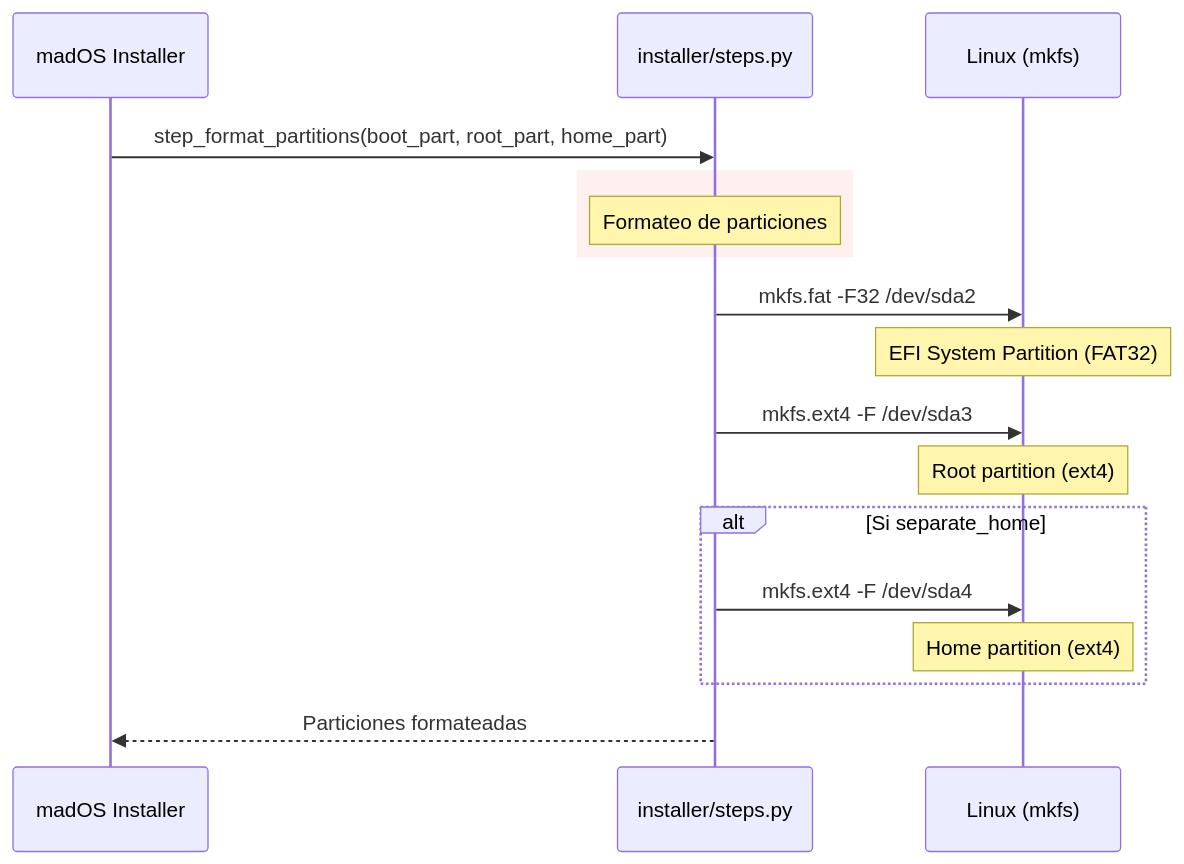
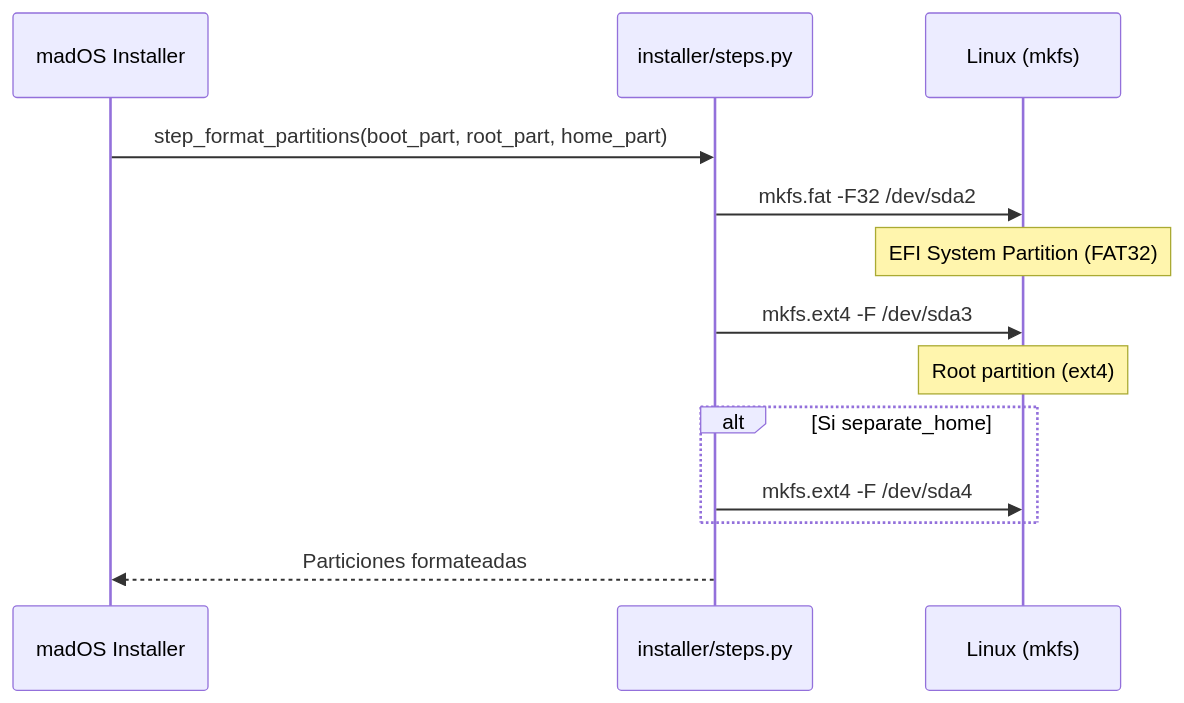
One commit to madoslinux/mados-installer changed the third of 12 diagrams in INSTALLATION_FLOW.md. Above: the diagram before and after it, drawn with Mermaid. The commit also changed other lines of this file, not shown here.

Commit message:
docs: update installation flow diagrams with detailed GRUB steps

````diff
--- a/INSTALLATION_FLOW.md
+++ b/INSTALLATION_FLOW.md
@@ -63,25 +59,20 @@
 ```mermaid
 sequenceDiagram
     participant App as madOS Installer
     participant Steps as installer/steps.py
     participant System as Linux (mkfs)
 
     App->>Steps: step_format_partitions(boot_part, root_part, home_part)
-
-    rect rgb(255, 240, 240)
-        Note over Steps: Formateo de particiones
-    end
 
     Steps->>System: mkfs.fat -F32 /dev/sda2
     Note over System: EFI System Partition (FAT32)
 
     Steps->>System: mkfs.ext4 -F /dev/sda3
     Note over System: Root partition (ext4)
 
     alt Si separate_home
         Steps->>System: mkfs.ext4 -F /dev/sda4
-        Note over System: Home partition (ext4)
     end
 
     Steps-->>App: Particiones formateadas
 ```
````
